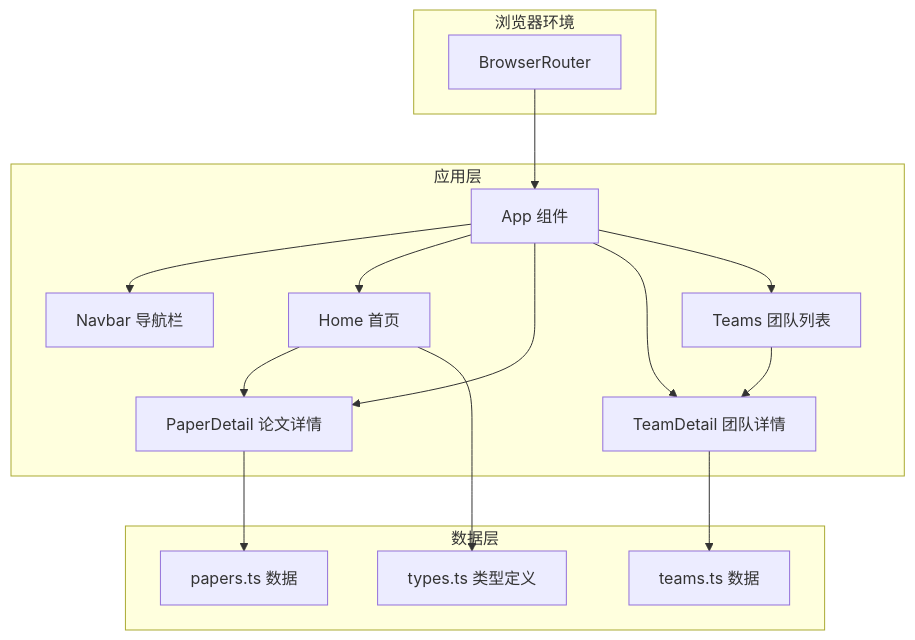
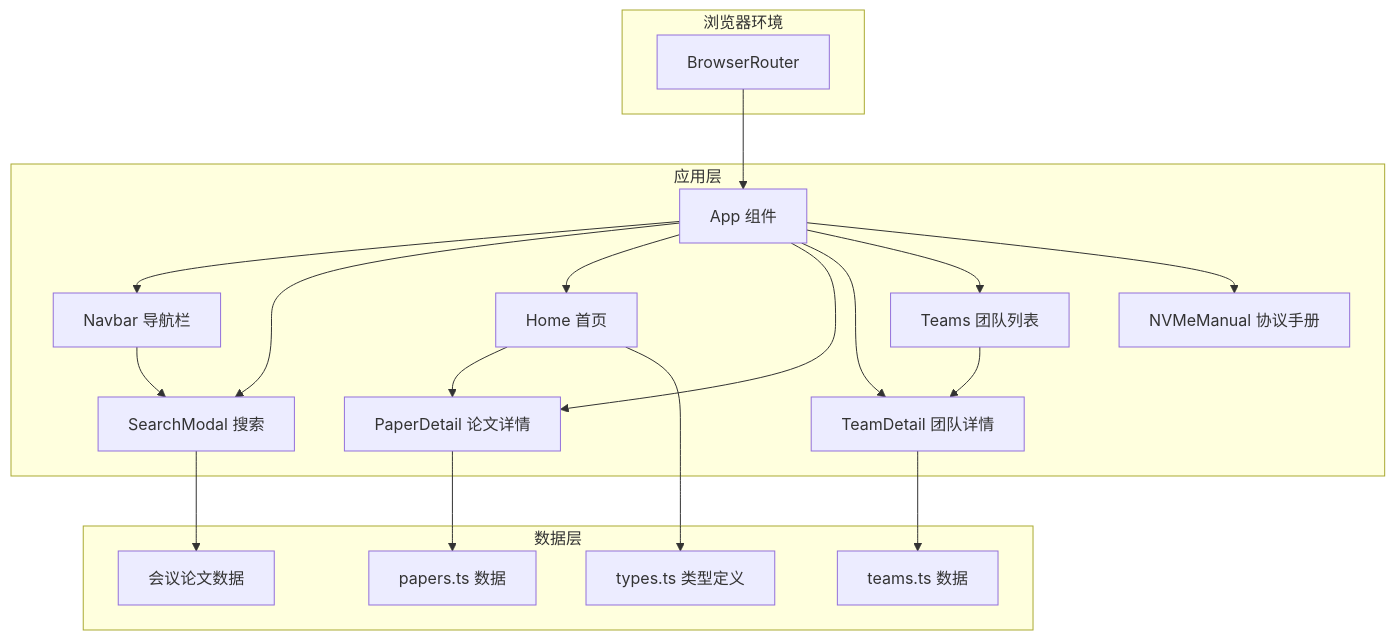
The second of 4 diagrams in .qoder/repowiki/zh/content/架构设计/路由系统设计.md (erikliu123/storage_ai_blog), drawn with Mermaid before and after one commit. The commit also changed other lines of this file and 61 other files, not shown here.

````diff
--- a/.qoder/repowiki/zh/content/架构设计/路由系统设计.md
+++ b/.qoder/repowiki/zh/content/架构设计/路由系统设计.md
@@ -81,30 +100,37 @@
 ```mermaid
 graph TB
 subgraph "浏览器环境"
 BR["BrowserRouter"]
 end
 subgraph "应用层"
 APP["App 组件"]
 NAV["Navbar 导航栏"]
+SEARCH["SearchModal 搜索"]
 HOME["Home 首页"]
 PAPER["PaperDetail 论文详情"]
 TEAM["TeamDetail 团队详情"]
 TEAMS["Teams 团队列表"]
+NVME["NVMeManual 协议手册"]
 end
 subgraph "数据层"
 PAPERS["papers.ts 数据"]
 TEAMS_DATA["teams.ts 数据"]
 TYPES["types.ts 类型定义"]
+SEARCH_DATA["会议论文数据"]
 end
 BR --> APP
 APP --> NAV
+APP --> SEARCH
 APP --> HOME
 APP --> PAPER
 APP --> TEAM
 APP --> TEAMS
+APP --> NVME
 HOME --> PAPER
 TEAMS --> TEAM
 PAPER --> PAPERS
 TEAM --> TEAMS_DATA
 HOME --> TYPES
+SEARCH --> SEARCH_DATA
+NAV --> SEARCH
 ```
````
